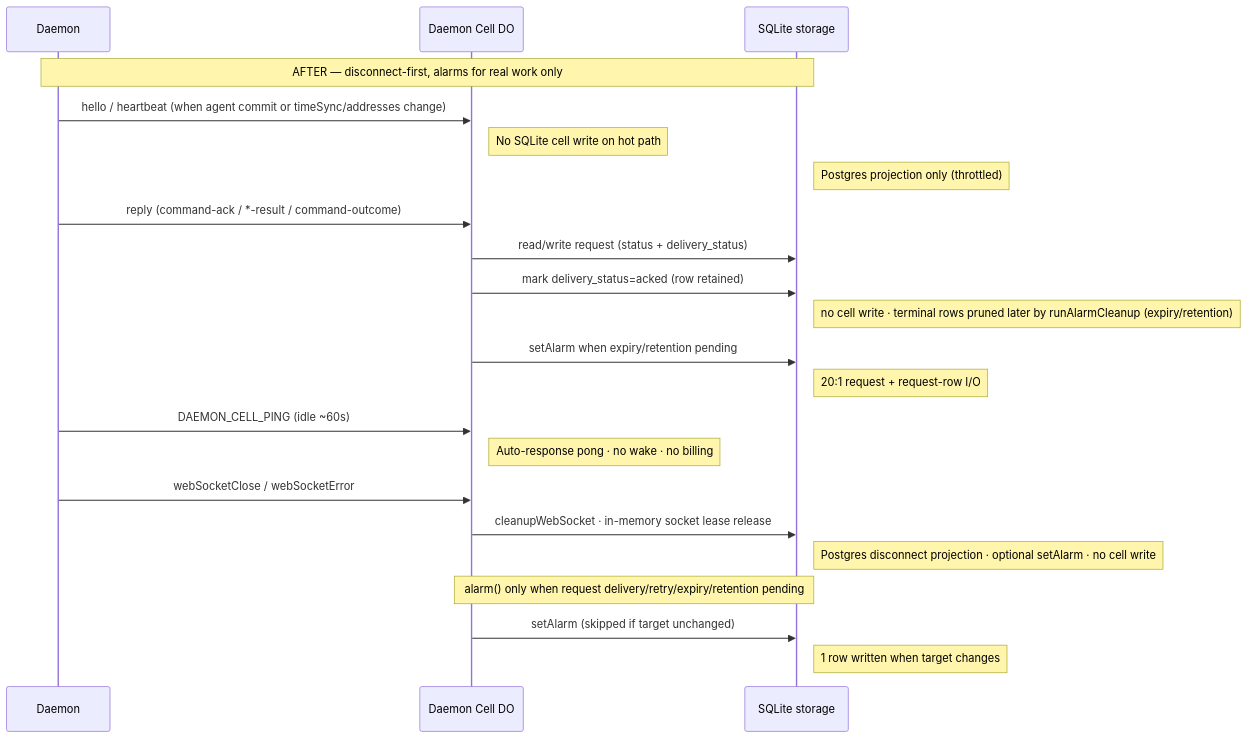
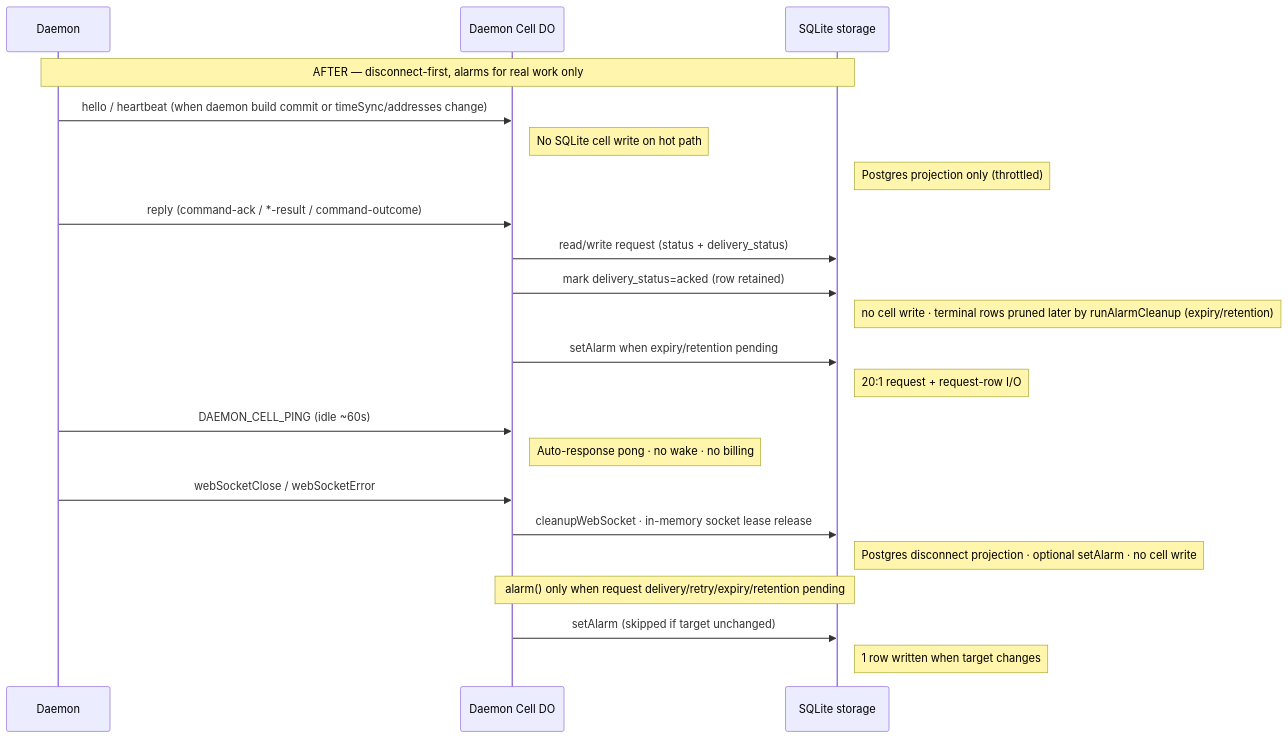
One commit to TurboPanel/website changed the third of 8 diagrams in docs/architecture/daemon-cell.mdx. Above: the diagram before and after it, drawn with Mermaid. The commit also changed other lines of this file and 8 other files, not shown here.

````diff
--- a/docs/architecture/daemon-cell.mdx
+++ b/docs/architecture/daemon-cell.mdx
@@ -209,30 +209,30 @@
 ```mermaid
 sequenceDiagram
     participant Daemon
     participant DO as Daemon Cell DO
     participant Storage as SQLite storage
 
     Note over Daemon,Storage: AFTER — disconnect-first, alarms for real work only
 
-    Daemon->>DO: hello / heartbeat (when agent commit or timeSync/addresses change)
+    Daemon->>DO: hello / heartbeat (when daemon build commit or timeSync/addresses change)
     Note right of DO: No SQLite cell write on hot path
     Note right of Storage: Postgres projection only (throttled)
 
     Daemon->>DO: reply (command-ack / *-result / command-outcome)
     DO->>Storage: read/write request (status + delivery_status)
     DO->>Storage: mark delivery_status=acked (row retained)
     Note right of Storage: no cell write · terminal rows pruned later by runAlarmCleanup (expiry/retention)
     DO->>Storage: setAlarm when expiry/retention pending
     Note right of Storage: 20:1 request + request-row I/O
 
     Daemon->>DO: DAEMON_CELL_PING (idle ~60s)
     Note right of DO: Auto-response pong · no wake · no billing
 
     Daemon->>DO: webSocketClose / webSocketError
     DO->>Storage: cleanupWebSocket · in-memory socket lease release
     Note right of Storage: Postgres disconnect projection · optional setAlarm · no cell write
 
     Note over DO,Storage: alarm() only when request delivery/retry/expiry/retention pending
     DO->>Storage: setAlarm (skipped if target unchanged)
     Note right of Storage: 1 row written when target changes
 ```
````
